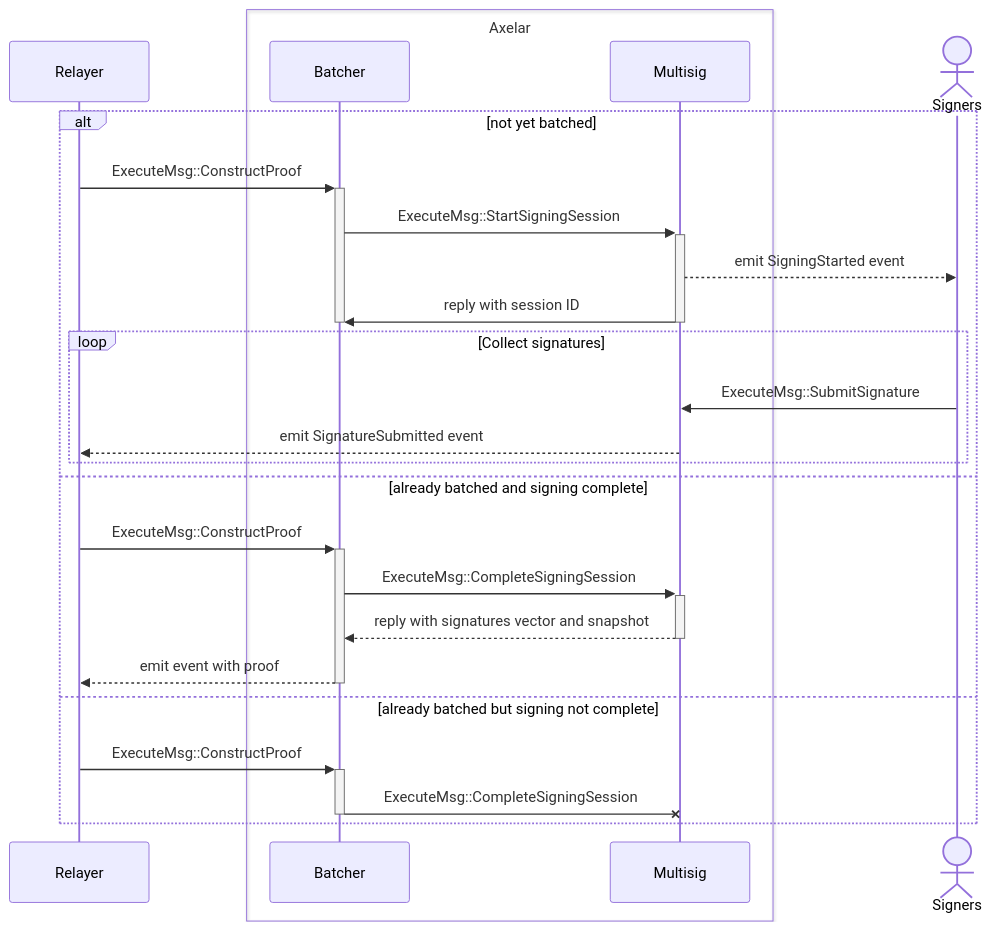
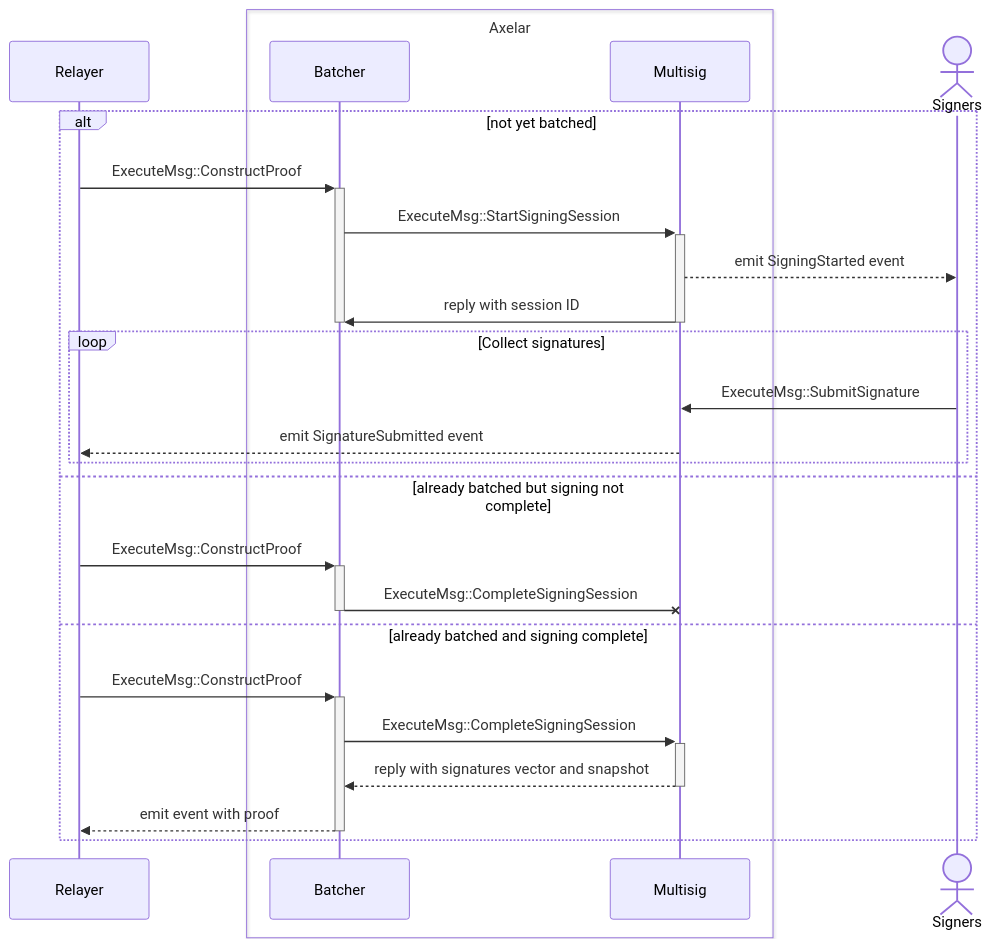
One commit to axelarnetwork/axelar-amplifier changed the second of 2 diagrams in contracts/multisig/README.md. Above: the diagram before and after it, drawn with Mermaid. The commit also changed other lines of this file, not shown here.

Commit message:
Reordered sequence diagram

````diff
--- a/contracts/multisig/README.md
+++ b/contracts/multisig/README.md
@@ -29,29 +29,29 @@
 ```mermaid
 sequenceDiagram
 participant Relayer
 box Axelar
 participant Batcher
 participant Multisig
 end
 actor Signers
 
 alt not yet batched
 	Relayer->>+Batcher: ExecuteMsg::ConstructProof
 	Batcher->>+Multisig: ExecuteMsg::StartSigningSession
 	Multisig-->>Signers: emit SigningStarted event
 	Multisig->>-Batcher: reply with session ID
 	deactivate Batcher
   loop Collect signatures
     Signers->>Multisig: ExecuteMsg::SubmitSignature
     Multisig-->>Relayer: emit SignatureSubmitted event
   end
+else already batched but signing not complete
+	Relayer->>+Batcher: ExecuteMsg::ConstructProof
+	Batcher-x-Multisig: ExecuteMsg::CompleteSigningSession
 else already batched and signing complete
 	Relayer->>+Batcher: ExecuteMsg::ConstructProof
 	Batcher->>+Multisig: ExecuteMsg::CompleteSigningSession
 	Multisig-->>-Batcher: reply with signatures vector and snapshot
 	Batcher-->>-Relayer: emit event with proof
-else already batched but signing not complete
-	Relayer->>+Batcher: ExecuteMsg::ConstructProof
-	Batcher-x-Multisig: ExecuteMsg::CompleteSigningSession
 end
 ```
````
